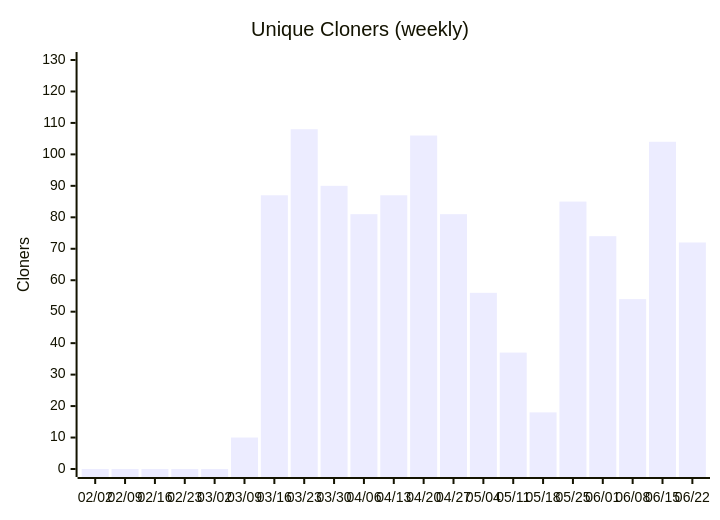
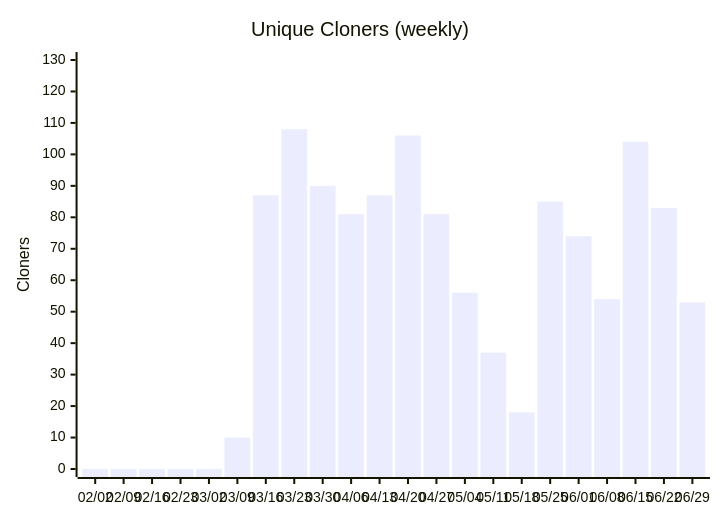
One commit to nablarch/nabledge-dev changed diagram 14 of 14 in docs/metrics.md. Above: the diagram before and after it, drawn with Mermaid. The commit also changed other lines of this file and 2 other files, not shown here.

````diff
--- a/docs/metrics.md
+++ b/docs/metrics.md
@@ -177,7 +177,7 @@
 ```mermaid
 xychart-beta
   title "Unique Cloners (weekly)"
-  x-axis ["02/02", "02/09", "02/16", "02/23", "03/02", "03/09", "03/16", "03/23", "03/30", "04/06", "04/13", "04/20", "04/27", "05/04", "05/11", "05/18", "05/25", "06/01", "06/08", "06/15", "06/22"]
+  x-axis ["02/02", "02/09", "02/16", "02/23", "03/02", "03/09", "03/16", "03/23", "03/30", "04/06", "04/13", "04/20", "04/27", "05/04", "05/11", "05/18", "05/25", "06/01", "06/08", "06/15", "06/22", "06/29"]
   y-axis "Cloners" 0 --> 130
-  bar [0, 0, 0, 0, 0, 10, 87, 108, 90, 81, 87, 106, 81, 56, 37, 18, 85, 74, 54, 104, 72]
+  bar [0, 0, 0, 0, 0, 10, 87, 108, 90, 81, 87, 106, 81, 56, 37, 18, 85, 74, 54, 104, 83, 53]
 ```
````
